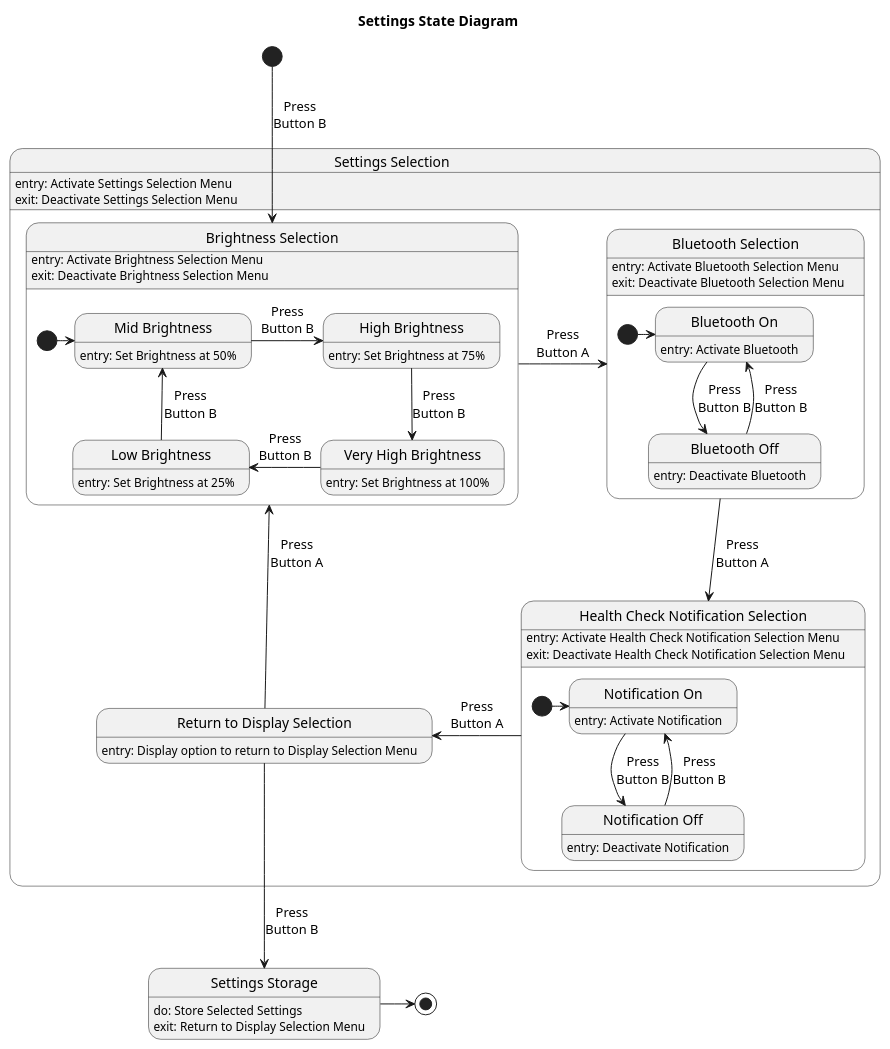
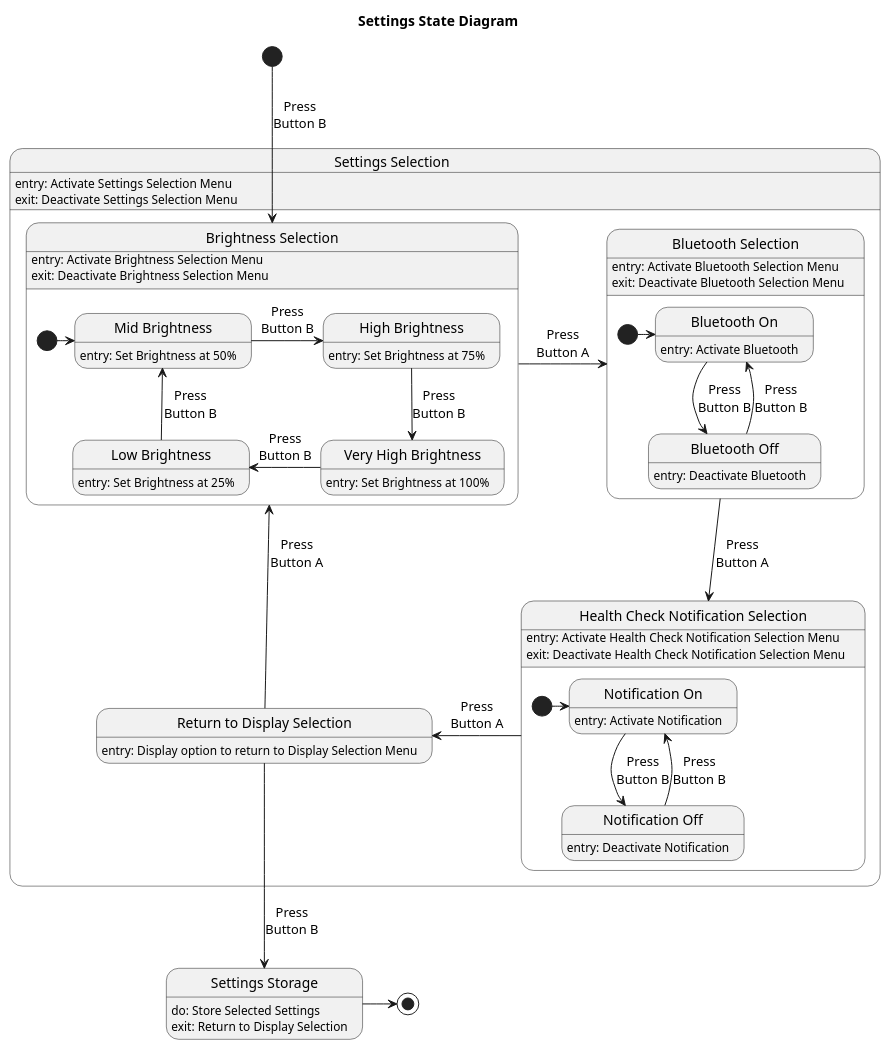
Before and after one commit to markroche92/sw-eng-smart-watch: the diagram in uml/state_diagrams/settings.plantuml, drawn with PlantUML. The commit also changed 5 other files, not shown here.

```diff
--- a/uml/state_diagrams/settings.plantuml
+++ b/uml/state_diagrams/settings.plantuml
@@ -1,73 +1,73 @@
 @startuml
 
 skinparam shadowing false
 
 
 title Settings State Diagram
 
 state "Settings Selection" as Ss{
 
     state "Brightness Selection" as Bs {
 
         state "Low Brightness" as Lb : entry: Set Brightness at 25%
         state "Mid Brightness" as Mb : entry: Set Brightness at 50%
         state "High Brightness" as Hb : entry: Set Brightness at 75%
         state "Very High Brightness" as Vhb : entry: Set Brightness at 100%
 
         [*]->Mb
         Lb -up-> Mb : Press\nButton B
         Mb -right-> Hb : Press\nButton B
         Hb -down-> Vhb : Press\nButton B
         Vhb -left-> Lb : Press\nButton B
     }
 
     state "Bluetooth Selection" as Bts {
 
         state "Bluetooth On" as Ba : entry: Activate Bluetooth
         state "Bluetooth Off" as Bd : entry: Deactivate Bluetooth
 
         [*]->Ba
         Ba -down-> Bd : Press\nButton B
         Bd -up-> Ba : Press\nButton B
     }
 
     state "Health Check Notification Selection" as Hcn {
 
         state "Notification On" as Na : entry: Activate Notification
         state "Notification Off" as Nd : entry: Deactivate Notification
 
         [*]->Na
         Na -down-> Nd : Press\nButton B
         Nd -up-> Na : Press\nButton B
     }
 
     state "Return to Display Selection" as R {
 
     }
 
     
 
     Bs : entry: Activate Brightness Selection Menu\nexit: Deactivate Brightness Selection Menu
     Bts : entry: Activate Bluetooth Selection Menu\nexit: Deactivate Bluetooth Selection Menu
     Hcn : entry: Activate Health Check Notification Selection Menu\nexit: Deactivate Health Check Notification Selection Menu
     R : entry: Display option to return to Display Selection Menu
     
     Bs -right-> Bts : Press\nButton A
     Bts -down-> Hcn : Press\nButton A
     Hcn -left-> R : Press\nButton A
     R -up-> Bs : Press\nButton A
 }
 
 state "Settings Storage" as Sstor{
 
 
 }
 
-Sstor : do: Store Selected Settings\nexit: Return to Display Selection Menu
+Sstor : do: Store Selected Settings\nexit: Return to Display Selection
 
 [*]-down->Bs : Press\nButton B
 R-down->Sstor : Press\nButton B
 Ss : entry: Activate Settings Selection Menu\nexit: Deactivate Settings Selection Menu
 Sstor->[*]
 
 @enduml
```
